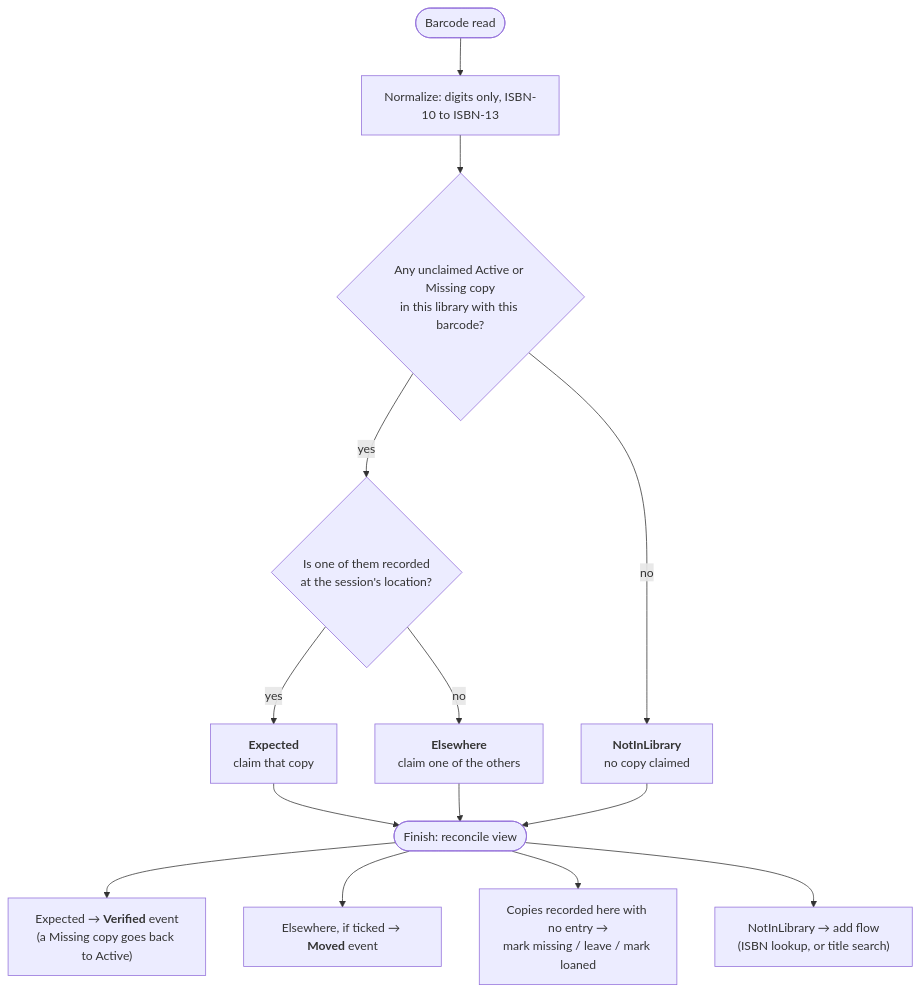
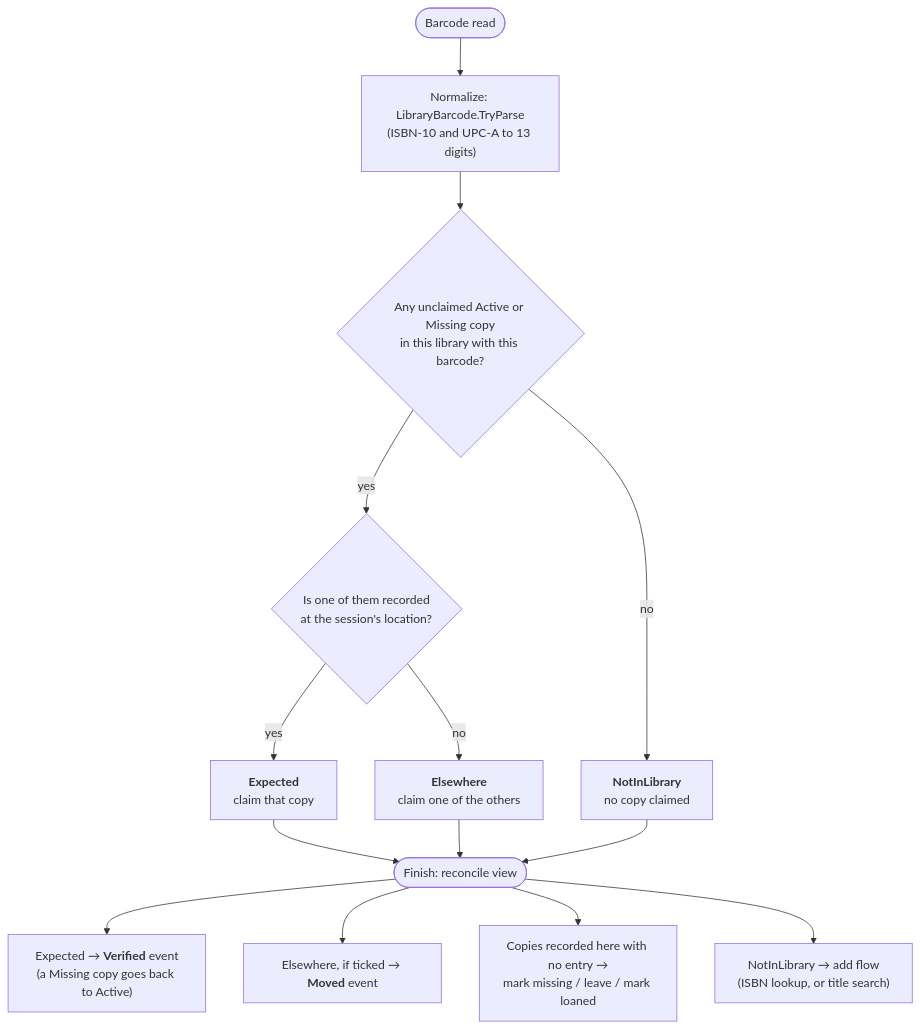
Before and after one commit to tompostler/number-sequence: the second of 2 diagrams in docs/library.md, drawn with Mermaid. The commit also changed other lines of this file and 8 other files, not shown here.

Commit message:
library access, barcode handling, and item timing

````diff
--- a/docs/library.md
+++ b/docs/library.md
@@ -314,15 +338,15 @@
 ```mermaid
 flowchart TD
-    scan([Barcode read]) --> norm[Normalize: digits only, ISBN-10 to ISBN-13]
+    scan([Barcode read]) --> norm["Normalize: LibraryBarcode.TryParse<br/>(ISBN-10 and UPC-A to 13 digits)"]
     norm --> any{"Any unclaimed Active or Missing copy<br/>in this library with this barcode?"}
     any -- no --> nil["<b>NotInLibrary</b><br/>no copy claimed"]
     any -- yes --> here{"Is one of them recorded<br/>at the session's location?"}
     here -- yes --> exp["<b>Expected</b><br/>claim that copy"]
     here -- no --> els["<b>Elsewhere</b><br/>claim one of the others"]
 
     exp & els & nil --> finish([Finish: reconcile view])
     finish --> v["Expected → <b>Verified</b> event<br/>(a Missing copy goes back to Active)"]
     finish --> m["Elsewhere, if ticked → <b>Moved</b> event"]
     finish --> u["Copies recorded here with no entry →<br/>mark missing / leave / mark loaned"]
     finish --> n["NotInLibrary → add flow<br/>(ISBN lookup, or title search)"]
 ```
````
